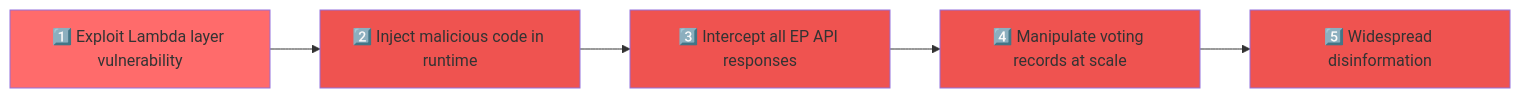
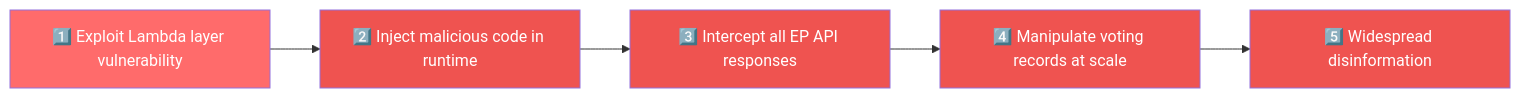
The fifth of 7 diagrams in FUTURE_THREAT_MODEL.md (Hack23/European-Parliament-MCP-Server), drawn with Mermaid before and after one commit. The commit also changed other lines of this file and 28 other files, not shown here.

First line of the commit message:
fix: correct 5 broken mermaid diagrams and add explicit text colors for dark/light mode

````diff
--- a/FUTURE_THREAT_MODEL.md
+++ b/FUTURE_THREAT_MODEL.md
@@ -324,13 +336,18 @@
 ```mermaid
 graph LR
     A[1️⃣ Exploit Lambda layer vulnerability] --> B[2️⃣ Inject malicious code in runtime]
     B --> C[3️⃣ Intercept all EP API responses]
     C --> D[4️⃣ Manipulate voting records at scale]
     D --> E[5️⃣ Widespread disinformation]
     
-    style A fill:#ff6b6b
-    style B fill:#ef5350
-    style C fill:#ef5350
-    style D fill:#ef5350
-    style E fill:#ef5350
+    style A fill:#ff6b6b,color:#ffffff
+
+    style B fill:#ef5350,color:#ffffff
+
+    style C fill:#ef5350,color:#ffffff
+
+    style D fill:#ef5350,color:#ffffff
+
+    style E fill:#ef5350,color:#ffffff
+
 ```
````
